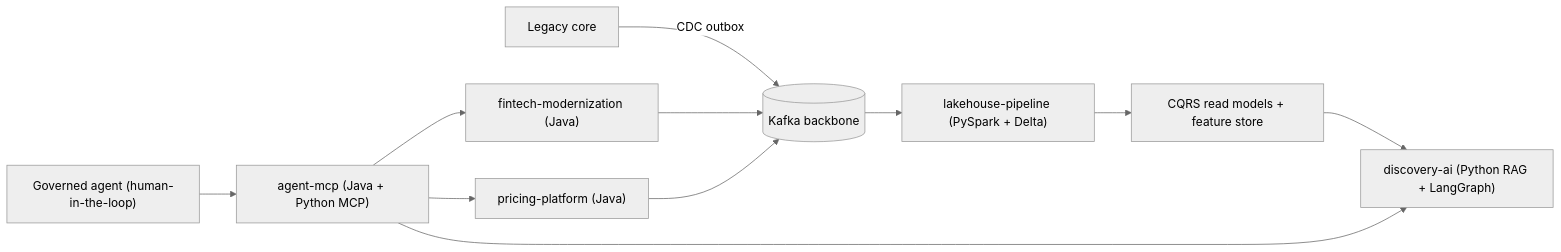
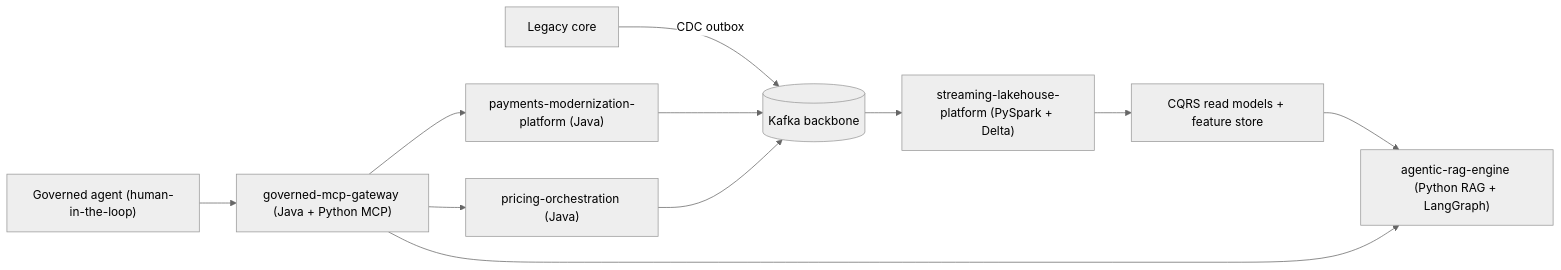
One commit to mizbamd/mizbamd changed the diagram in README.md. Above: the diagram before and after it, drawn with Mermaid (neutral theme). The commit also changed other lines of this file, not shown here.

Commit message:
chore: rename to profile README cross-links and update all internal references

````diff
--- a/README.md
+++ b/README.md
@@ -17,13 +17,13 @@
 ```mermaid
 flowchart LR
   legacy["Legacy core"] -->|CDC outbox| kafka[(Kafka backbone)]
-  fm["fintech-modernization (Java)"] --> kafka
-  pp["pricing-platform (Java)"] --> kafka
-  kafka --> lake["lakehouse-pipeline (PySpark + Delta)"]
+  fm["payments-modernization-platform (Java)"] --> kafka
+  pp["pricing-orchestration (Java)"] --> kafka
+  kafka --> lake["streaming-lakehouse-platform (PySpark + Delta)"]
   lake --> readmodels["CQRS read models + feature store"]
-  readmodels --> da["discovery-ai (Python RAG + LangGraph)"]
-  mcp["agent-mcp (Java + Python MCP)"] --> fm
+  readmodels --> da["agentic-rag-engine (Python RAG + LangGraph)"]
+  mcp["governed-mcp-gateway (Java + Python MCP)"] --> fm
   mcp --> pp
   mcp --> da
   agent["Governed agent (human-in-the-loop)"] --> mcp
 ```
````
